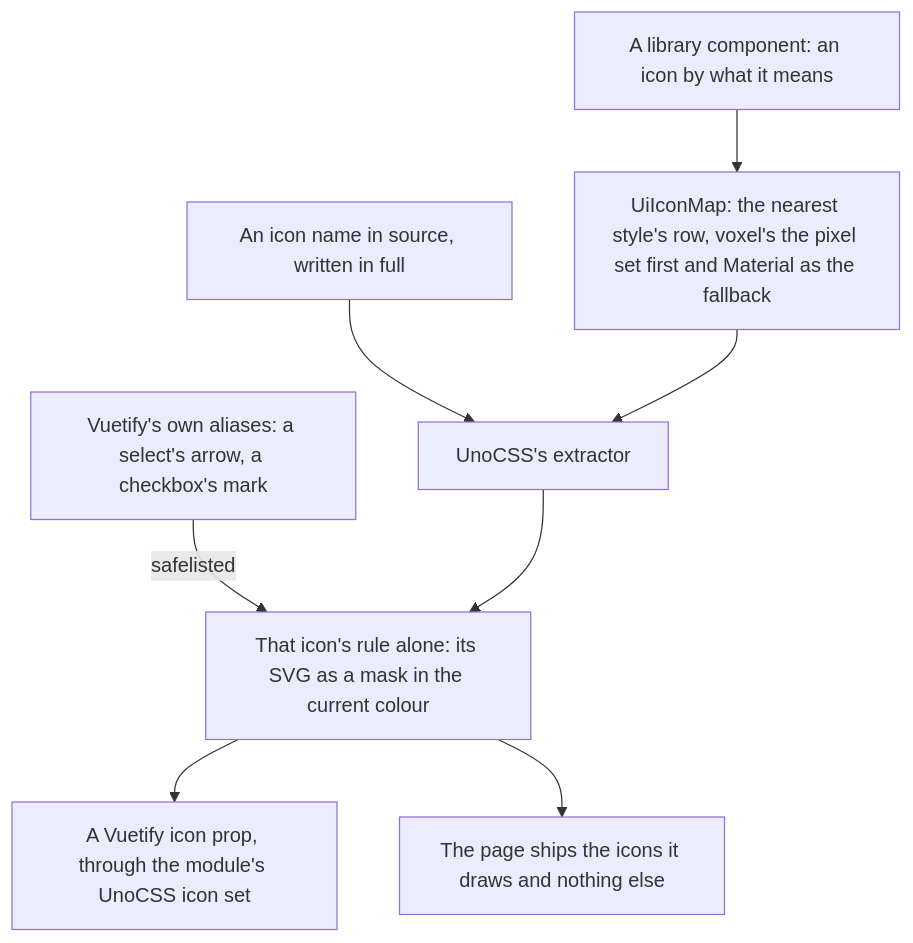
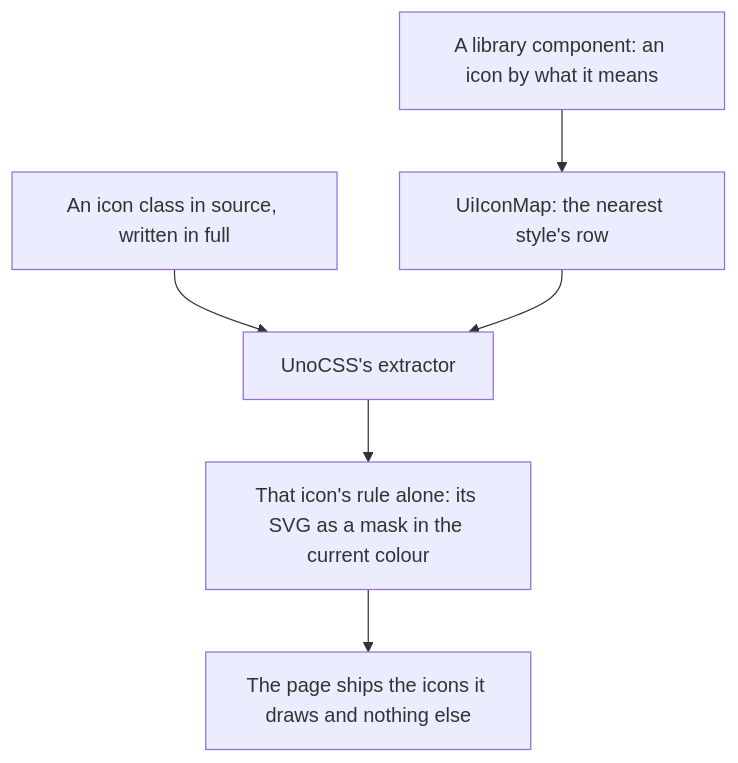
One commit to Esposter/Esposter changed the second of 4 diagrams in apps/web/content/docs/architecture/ui-library.md. Above: the diagram before and after it, drawn with Mermaid. The commit also changed other lines of this file and 96 other files, not shown here.

First line of the commit message:
docs(ui): the UI library is as built — Vuetify's names, skill and staging pages go

````diff
--- a/apps/web/content/docs/architecture/ui-library.md
+++ b/apps/web/content/docs/architecture/ui-library.md
@@ -114,10 +42,8 @@
 ```mermaid
 flowchart TD
-  S[An icon name in source, written in full] --> X[UnoCSS's extractor]
-  A[Vuetify's own aliases: a select's arrow, a checkbox's mark] -->|safelisted| G
+  S[An icon class in source, written in full] --> X[UnoCSS's extractor]
+  L[A library component: an icon by what it means] --> M[UiIconMap: the nearest style's row]
+  M --> X
   X --> G[That icon's rule alone: its SVG as a mask in the current colour]
-  L[A library component: an icon by what it means] --> M[UiIconMap: the nearest style's row, voxel's the pixel set first and Material as the fallback]
-  M --> X
-  G --> V[A Vuetify icon prop, through the module's UnoCSS icon set]
   G --> P[The page ships the icons it draws and nothing else]
 ```
````
